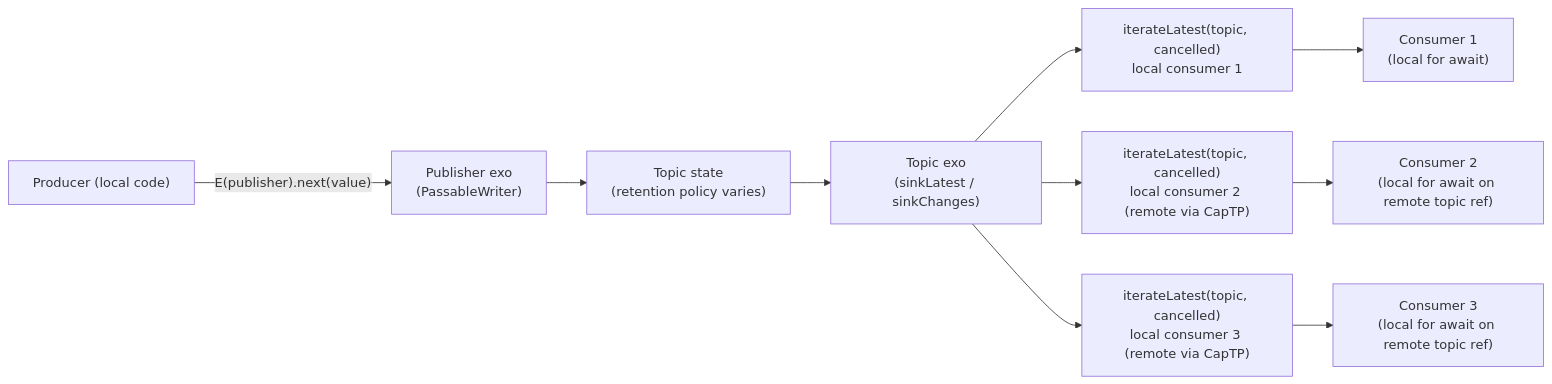
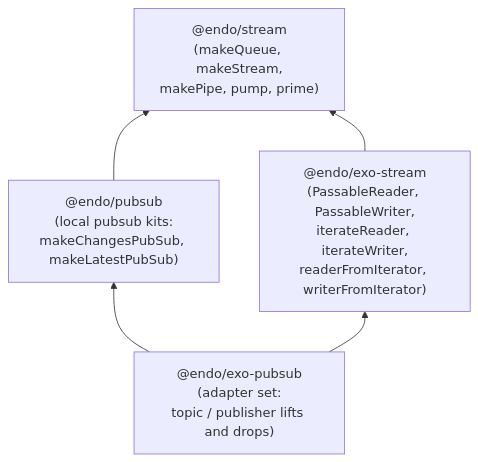
Before and after one commit to endojs/endo: the diagram in designs/notifier-pubsub-migration.md, drawn with Mermaid. The commit also changed other lines of this file, not shown here.

First line of the commit message:
design(notifier-pubsub): revision 4 — reorient around local pubsub foundations + adapter set

````diff
--- a/designs/notifier-pubsub-migration.md
+++ b/designs/notifier-pubsub-migration.md
@@ -209,12 +161,11 @@
 ```mermaid
-graph LR
-  Producer["Producer (local code)"] -->|"E(publisher).next(value)"| Publisher["Publisher exo<br/>(PassableWriter)"]
-  Publisher --> State["Topic state<br/>(retention policy varies)"]
-  State --> Topic["Topic exo<br/>(sinkLatest / sinkChanges)"]
-  Topic --> I1["iterateLatest(topic, cancelled)<br/>local consumer 1"]
-  Topic --> I2["iterateLatest(topic, cancelled)<br/>local consumer 2 (remote via CapTP)"]
-  Topic --> I3["iterateLatest(topic, cancelled)<br/>local consumer 3 (remote via CapTP)"]
-  I1 --> R1["Consumer 1<br/>(local for await)"]
-  I2 --> R2["Consumer 2<br/>(local for await on remote topic ref)"]
-  I3 --> R3["Consumer 3<br/>(local for await on remote topic ref)"]
+graph BT
+  Q["@endo/stream<br/>(makeQueue, makeStream,<br/>makePipe, pump, prime)"]
+  P["@endo/pubsub<br/>(local pubsub kits:<br/>makeChangesPubSub, makeLatestPubSub)"]
+  EX["@endo/exo-stream<br/>(PassableReader, PassableWriter,<br/>iterateReader, iterateWriter,<br/>readerFromIterator, writerFromIterator)"]
+  EP["@endo/exo-pubsub<br/>(adapter set:<br/>topic / publisher lifts and drops)"]
+  P --> Q
+  EX --> Q
+  EP --> EX
+  EP --> P
 ```
````
